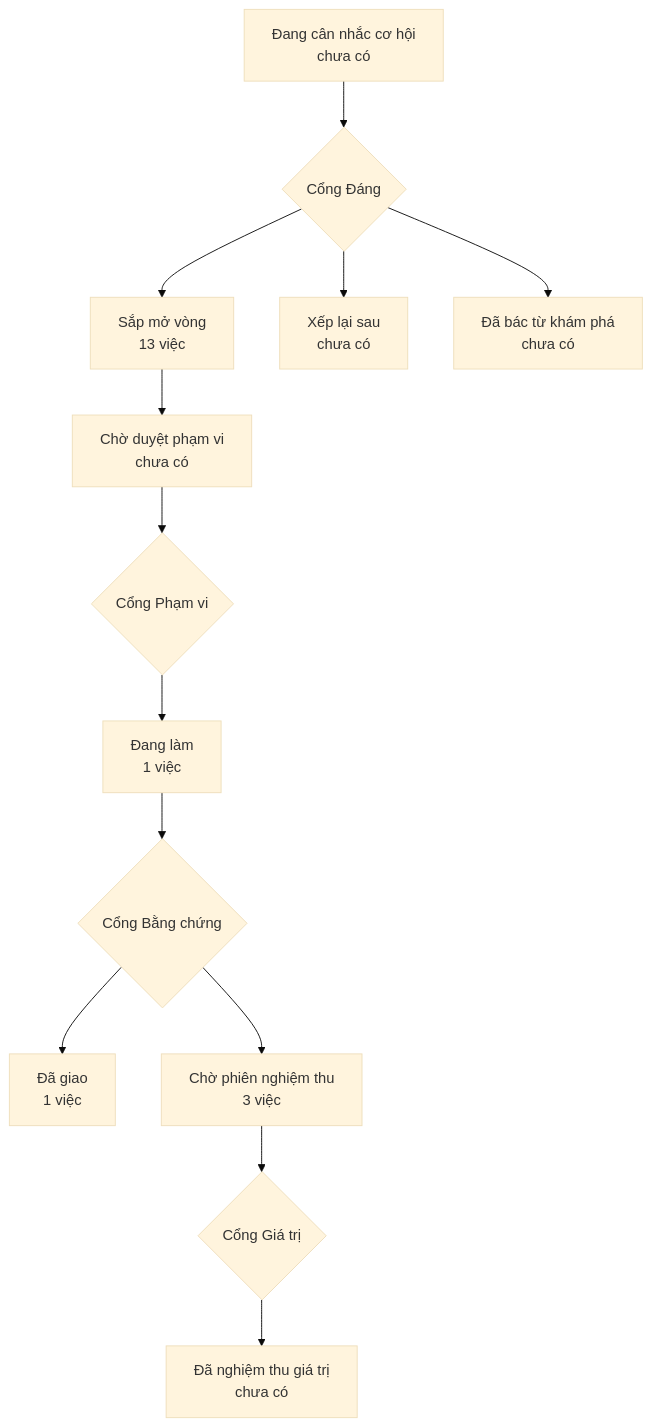
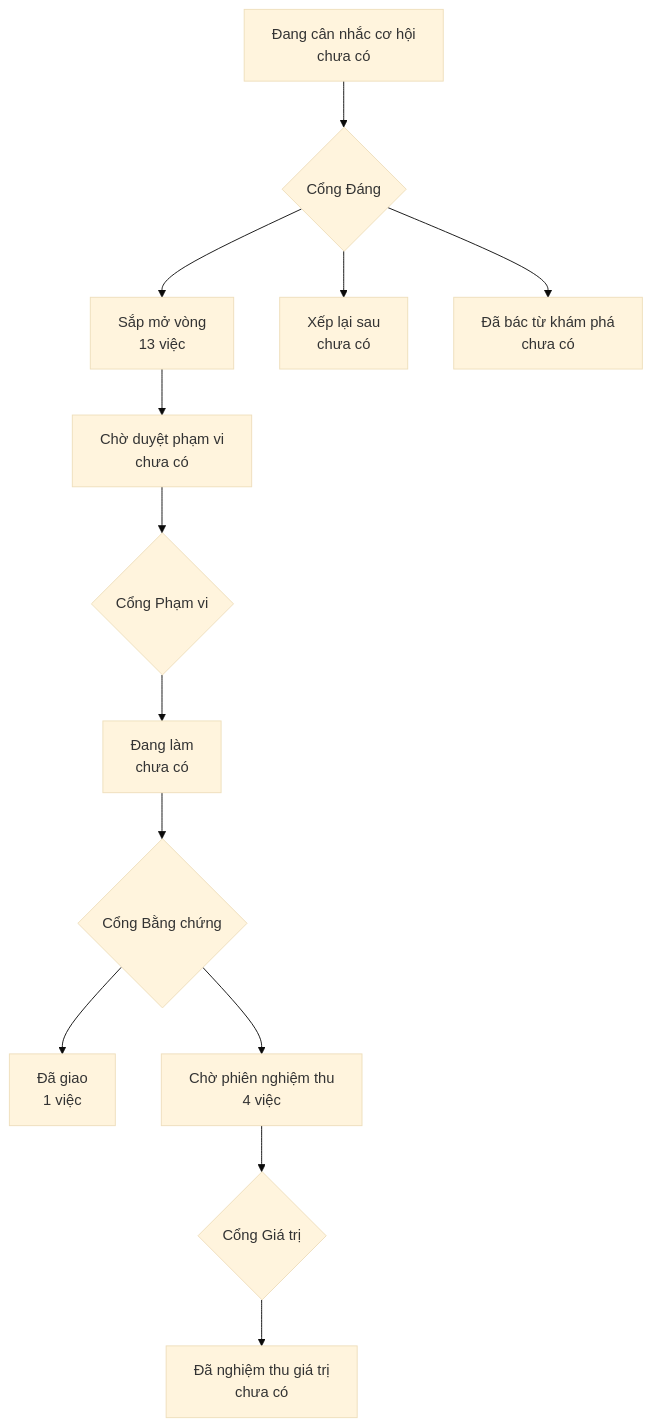
One commit to phanlemanh/onehub-inventory changed the diagram in PRODUCT-MAP.md. Above: the diagram before and after it, drawn with Mermaid (base theme). The commit also changed other lines of this file and 4 other files, not shown here.

````diff
--- a/PRODUCT-MAP.md
+++ b/PRODUCT-MAP.md
@@ -7,12 +7,12 @@
 ```mermaid
 flowchart TD
   A["Đang cân nhắc cơ hội<br/>chưa có"] --> GD{"Cổng Đáng"}
   GD --> B["Sắp mở vòng<br/>13 việc"]
   GD --> XL["Xếp lại sau<br/>chưa có"]
   GD --> DB["Đã bác từ khám phá<br/>chưa có"]
   B --> CD["Chờ duyệt phạm vi<br/>chưa có"] --> GP{"Cổng Phạm vi"}
-  GP --> DL["Đang làm<br/>1 việc"] --> GB{"Cổng Bằng chứng"}
+  GP --> DL["Đang làm<br/>chưa có"] --> GB{"Cổng Bằng chứng"}
   GB --> DG["Đã giao<br/>1 việc"]
-  GB --> CN["Chờ phiên nghiệm thu<br/>3 việc"] --> GG{"Cổng Giá trị"}
+  GB --> CN["Chờ phiên nghiệm thu<br/>4 việc"] --> GG{"Cổng Giá trị"}
   GG --> NT["Đã nghiệm thu giá trị<br/>chưa có"]
 ```
````
